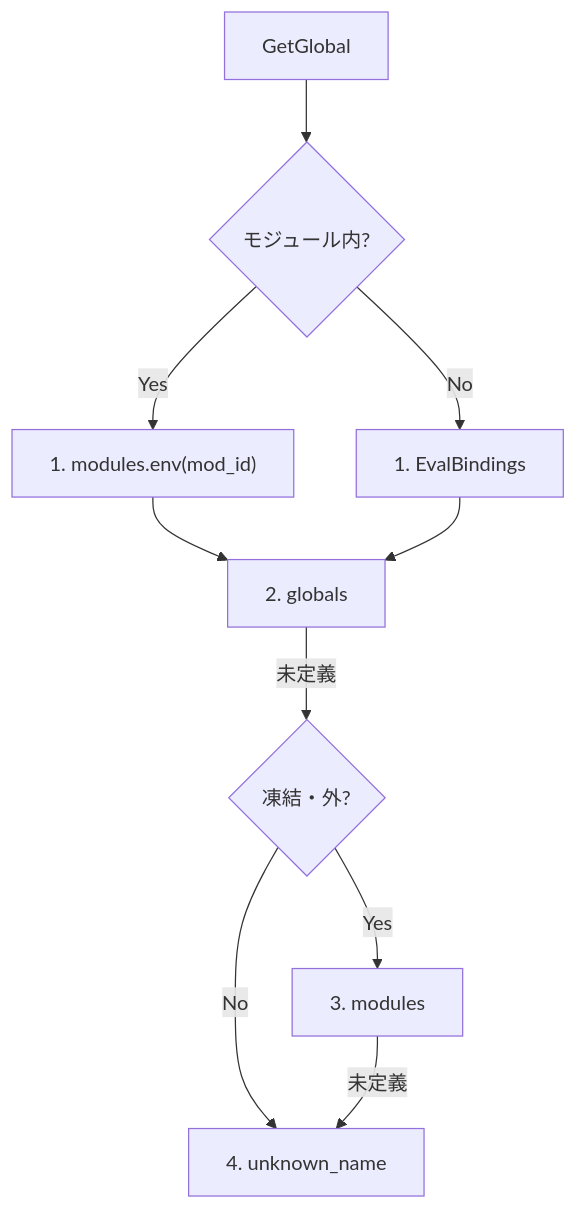
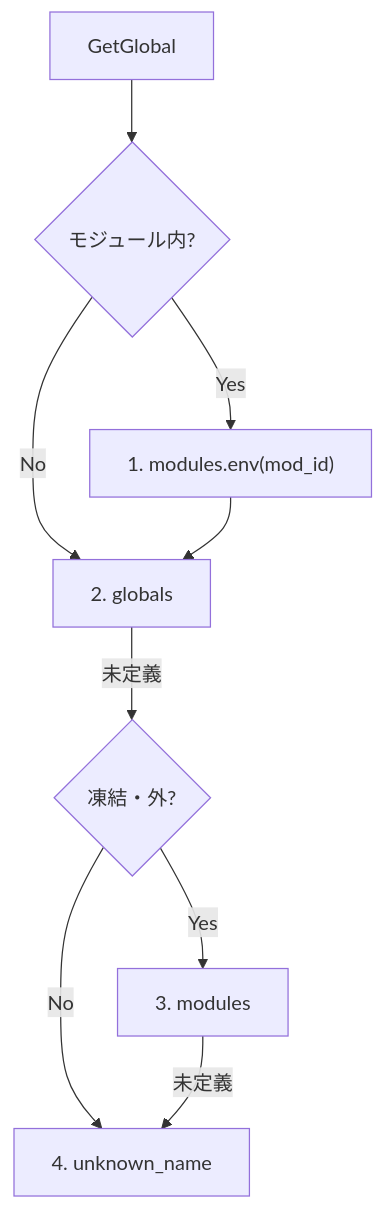
One commit to TappoyGK/rin changed the second of 2 diagrams in docs/architecture.md. Above: the diagram before and after it, drawn with Mermaid. The commit also changed other lines of this file and 25 other files, not shown here.

````diff
--- a/docs/architecture.md
+++ b/docs/architecture.md
@@ -67,12 +62,11 @@
 ```mermaid
 flowchart TD
     A["GetGlobal"] --> B{"モジュール内?"}
     B -->|"Yes"| C["1. modules.env(mod_id)"]
-    B -->|"No"| D["1. EvalBindings"]
-    C --> E["2. globals"]
-    D --> E
+    B -->|"No"| E["2. globals"]
+    C --> E
     E -->|"未定義"| F{"凍結・外?"}
     F -->|"Yes"| G["3. modules"]
     F -->|"No"| H["4. unknown_name"]
     G -->|"未定義"| H
 ```
````
